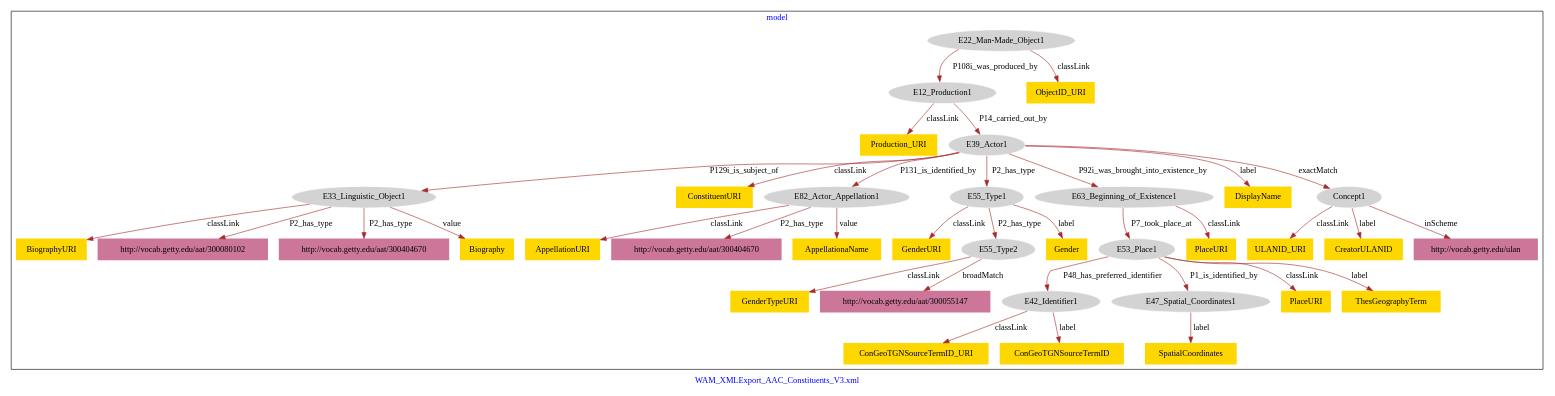
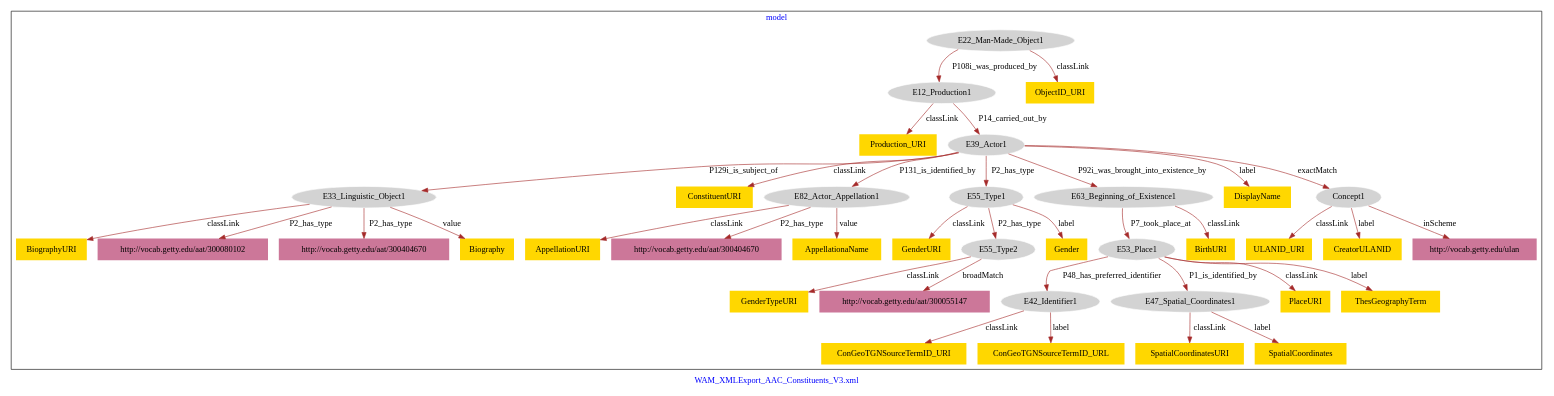
The diagram in WAM_AAC_Constituents/WAM_AAC_Individual_PlaceofBirth-model.dot (american-art/wam), drawn with Graphviz before and after one commit.

Commit message:
Update file WAM_AAC_Individual_PlaceofBirth-model.dot

```diff
--- a/WAM_AAC_Constituents/WAM_AAC_Individual_PlaceofBirth-model.dot
+++ b/WAM_AAC_Constituents/WAM_AAC_Individual_PlaceofBirth-model.dot
@@ -1,79 +1,81 @@
 digraph n0 {
 fontcolor="blue"
 remincross="true"
 label="WAM_XMLExport_AAC_Constituents_V3.xml"
 subgraph cluster {
 label="model"
 n2[style="filled",color="white",fillcolor="lightgray",label="E12_Production1"];
 n3[shape="plaintext",style="filled",fillcolor="gold",label="Production_URI"];
 n4[style="filled",color="white",fillcolor="lightgray",label="E39_Actor1"];
 n5[style="filled",color="white",fillcolor="lightgray",label="E22_Man-Made_Object1"];
 n6[shape="plaintext",style="filled",fillcolor="gold",label="ObjectID_URI"];
 n7[style="filled",color="white",fillcolor="lightgray",label="E33_Linguistic_Object1"];
 n8[shape="plaintext",style="filled",fillcolor="gold",label="BiographyURI"];
 n9[shape="plaintext",style="filled",fillcolor="#CC7799",label="http://vocab.getty.edu/aat/300080102"];
 n10[shape="plaintext",style="filled",fillcolor="#CC7799",label="http://vocab.getty.edu/aat/300404670"];
 n11[shape="plaintext",style="filled",fillcolor="gold",label="Biography"];
 n12[shape="plaintext",style="filled",fillcolor="gold",label="ConstituentURI"];
 n13[style="filled",color="white",fillcolor="lightgray",label="E82_Actor_Appellation1"];
 n14[style="filled",color="white",fillcolor="lightgray",label="E55_Type1"];
 n15[style="filled",color="white",fillcolor="lightgray",label="E63_Beginning_of_Existence1"];
 n16[shape="plaintext",style="filled",fillcolor="gold",label="DisplayName"];
 n17[style="filled",color="white",fillcolor="lightgray",label="Concept1"];
 n18[style="filled",color="white",fillcolor="lightgray",label="E42_Identifier1"];
 n19[shape="plaintext",style="filled",fillcolor="gold",label="ConGeoTGNSourceTermID_URI"];
-n20[shape="plaintext",style="filled",fillcolor="gold",label="ConGeoTGNSourceTermID"];
+n20[shape="plaintext",style="filled",fillcolor="gold",label="ConGeoTGNSourceTermID_URL"];
 n21[style="filled",color="white",fillcolor="lightgray",label="E47_Spatial_Coordinates1"];
-n22[shape="plaintext",style="filled",fillcolor="gold",label="SpatialCoordinates"];
-n23[style="filled",color="white",fillcolor="lightgray",label="E53_Place1"];
-n24[shape="plaintext",style="filled",fillcolor="gold",label="PlaceURI"];
-n25[shape="plaintext",style="filled",fillcolor="gold",label="ThesGeographyTerm"];
-n26[shape="plaintext",style="filled",fillcolor="gold",label="GenderURI"];
-n27[style="filled",color="white",fillcolor="lightgray",label="E55_Type2"];
-n28[shape="plaintext",style="filled",fillcolor="gold",label="Gender"];
-n29[shape="plaintext",style="filled",fillcolor="gold",label="GenderTypeURI"];
-n30[shape="plaintext",style="filled",fillcolor="#CC7799",label="http://vocab.getty.edu/aat/300055147"];
-n31[shape="plaintext",style="filled",fillcolor="gold",label="PlaceURI"];
-n32[shape="plaintext",style="filled",fillcolor="gold",label="AppellationURI"];
-n33[shape="plaintext",style="filled",fillcolor="#CC7799",label="http://vocab.getty.edu/aat/300404670"];
-n34[shape="plaintext",style="filled",fillcolor="gold",label="AppellationaName"];
-n35[shape="plaintext",style="filled",fillcolor="gold",label="ULANID_URI"];
-n36[shape="plaintext",style="filled",fillcolor="gold",label="CreatorULANID"];
-n37[shape="plaintext",style="filled",fillcolor="#CC7799",label="http://vocab.getty.edu/ulan"];
+n22[shape="plaintext",style="filled",fillcolor="gold",label="SpatialCoordinatesURI"];
+n23[shape="plaintext",style="filled",fillcolor="gold",label="SpatialCoordinates"];
+n24[style="filled",color="white",fillcolor="lightgray",label="E53_Place1"];
+n25[shape="plaintext",style="filled",fillcolor="gold",label="PlaceURI"];
+n26[shape="plaintext",style="filled",fillcolor="gold",label="ThesGeographyTerm"];
+n27[shape="plaintext",style="filled",fillcolor="gold",label="GenderURI"];
+n28[style="filled",color="white",fillcolor="lightgray",label="E55_Type2"];
+n29[shape="plaintext",style="filled",fillcolor="gold",label="Gender"];
+n30[shape="plaintext",style="filled",fillcolor="gold",label="GenderTypeURI"];
+n31[shape="plaintext",style="filled",fillcolor="#CC7799",label="http://vocab.getty.edu/aat/300055147"];
+n32[shape="plaintext",style="filled",fillcolor="gold",label="BirthURI"];
+n33[shape="plaintext",style="filled",fillcolor="gold",label="AppellationURI"];
+n34[shape="plaintext",style="filled",fillcolor="#CC7799",label="http://vocab.getty.edu/aat/300404670"];
+n35[shape="plaintext",style="filled",fillcolor="gold",label="AppellationaName"];
+n36[shape="plaintext",style="filled",fillcolor="gold",label="ULANID_URI"];
+n37[shape="plaintext",style="filled",fillcolor="gold",label="CreatorULANID"];
+n38[shape="plaintext",style="filled",fillcolor="#CC7799",label="http://vocab.getty.edu/ulan"];
 }
 n2 -> n3[color="brown",fontcolor="black",label="classLink"]
 n2 -> n4[color="brown",fontcolor="black",label="P14_carried_out_by"]
 n5 -> n6[color="brown",fontcolor="black",label="classLink"]
 n5 -> n2[color="brown",fontcolor="black",label="P108i_was_produced_by"]
 n7 -> n8[color="brown",fontcolor="black",label="classLink"]
 n7 -> n9[color="brown",fontcolor="black",label="P2_has_type"]
 n7 -> n10[color="brown",fontcolor="black",label="P2_has_type"]
 n7 -> n11[color="brown",fontcolor="black",label="value"]
 n4 -> n12[color="brown",fontcolor="black",label="classLink"]
 n4 -> n7[color="brown",fontcolor="black",label="P129i_is_subject_of"]
 n4 -> n13[color="brown",fontcolor="black",label="P131_is_identified_by"]
 n4 -> n14[color="brown",fontcolor="black",label="P2_has_type"]
 n4 -> n15[color="brown",fontcolor="black",label="P92i_was_brought_into_existence_by"]
 n4 -> n16[color="brown",fontcolor="black",label="label"]
 n4 -> n17[color="brown",fontcolor="black",label="exactMatch"]
 n18 -> n19[color="brown",fontcolor="black",label="classLink"]
 n18 -> n20[color="brown",fontcolor="black",label="label"]
-n21 -> n22[color="brown",fontcolor="black",label="label"]
-n23 -> n24[color="brown",fontcolor="black",label="classLink"]
-n23 -> n21[color="brown",fontcolor="black",label="P1_is_identified_by"]
-n23 -> n18[color="brown",fontcolor="black",label="P48_has_preferred_identifier"]
-n23 -> n25[color="brown",fontcolor="black",label="label"]
-n14 -> n26[color="brown",fontcolor="black",label="classLink"]
-n14 -> n27[color="brown",fontcolor="black",label="P2_has_type"]
-n14 -> n28[color="brown",fontcolor="black",label="label"]
-n27 -> n29[color="brown",fontcolor="black",label="classLink"]
-n27 -> n30[color="brown",fontcolor="black",label="broadMatch"]
-n15 -> n31[color="brown",fontcolor="black",label="classLink"]
-n15 -> n23[color="brown",fontcolor="black",label="P7_took_place_at"]
-n13 -> n32[color="brown",fontcolor="black",label="classLink"]
-n13 -> n33[color="brown",fontcolor="black",label="P2_has_type"]
-n13 -> n34[color="brown",fontcolor="black",label="value"]
-n17 -> n35[color="brown",fontcolor="black",label="classLink"]
-n17 -> n36[color="brown",fontcolor="black",label="label"]
-n17 -> n37[color="brown",fontcolor="black",label="inScheme"]
+n21 -> n22[color="brown",fontcolor="black",label="classLink"]
+n21 -> n23[color="brown",fontcolor="black",label="label"]
+n24 -> n25[color="brown",fontcolor="black",label="classLink"]
+n24 -> n21[color="brown",fontcolor="black",label="P1_is_identified_by"]
+n24 -> n18[color="brown",fontcolor="black",label="P48_has_preferred_identifier"]
+n24 -> n26[color="brown",fontcolor="black",label="label"]
+n14 -> n27[color="brown",fontcolor="black",label="classLink"]
+n14 -> n28[color="brown",fontcolor="black",label="P2_has_type"]
+n14 -> n29[color="brown",fontcolor="black",label="label"]
+n28 -> n30[color="brown",fontcolor="black",label="classLink"]
+n28 -> n31[color="brown",fontcolor="black",label="broadMatch"]
+n15 -> n32[color="brown",fontcolor="black",label="classLink"]
+n15 -> n24[color="brown",fontcolor="black",label="P7_took_place_at"]
+n13 -> n33[color="brown",fontcolor="black",label="classLink"]
+n13 -> n34[color="brown",fontcolor="black",label="P2_has_type"]
+n13 -> n35[color="brown",fontcolor="black",label="value"]
+n17 -> n36[color="brown",fontcolor="black",label="classLink"]
+n17 -> n37[color="brown",fontcolor="black",label="label"]
+n17 -> n38[color="brown",fontcolor="black",label="inScheme"]
 }
```
